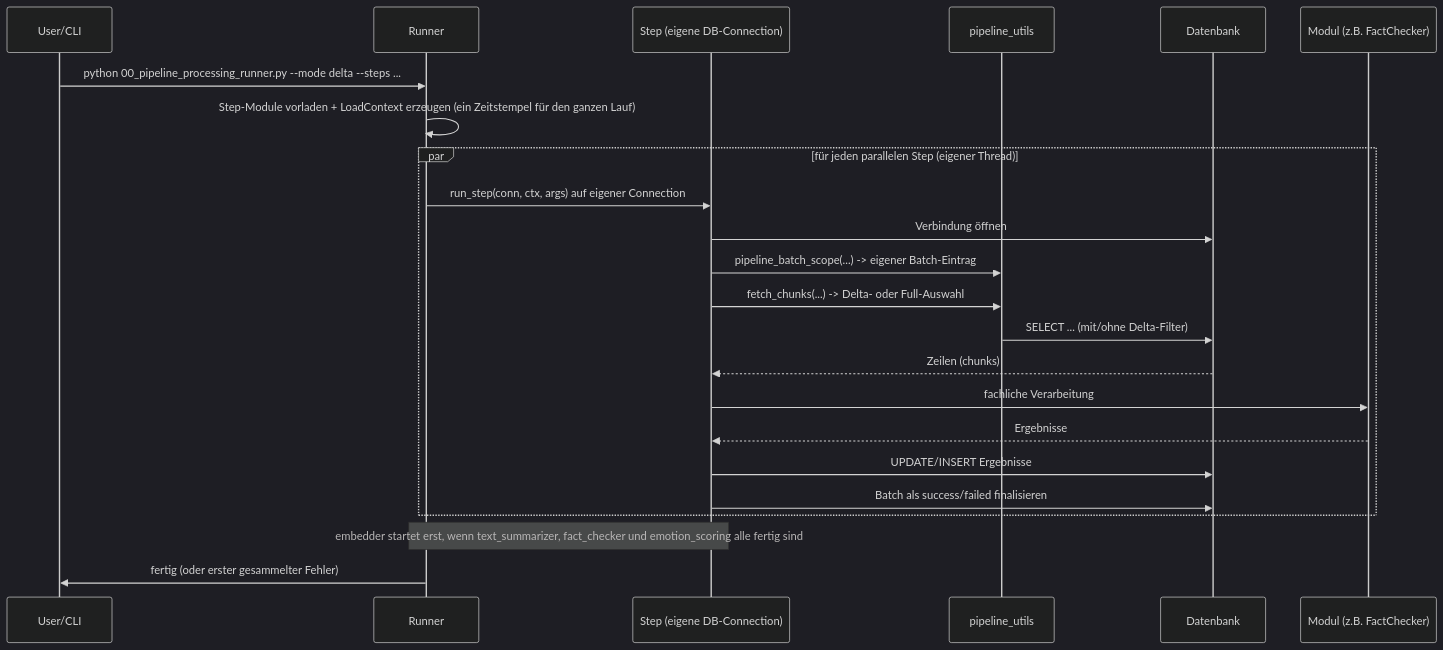
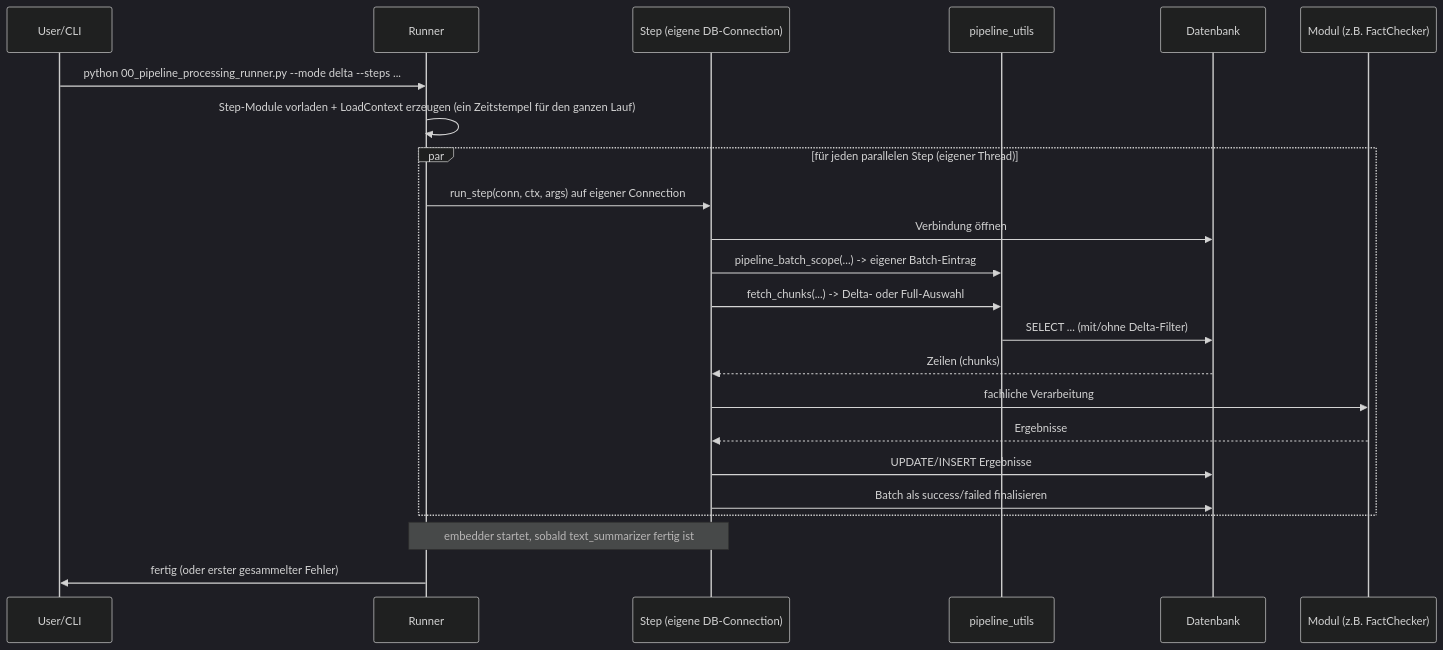
The third of 3 diagrams in docs/silver_enriched/01_architecture.md (Tilmanzzz/media-lens), drawn with Mermaid (dark theme) before and after one commit. The commit also changed other lines of this file and 13 other files, not shown here.

````diff
--- a/docs/silver_enriched/01_architecture.md
+++ b/docs/silver_enriched/01_architecture.md
@@ -142,26 +141,26 @@
 ```mermaid
 sequenceDiagram
     participant U as User/CLI
     participant R as Runner
     participant S as Step (eigene DB-Connection)
     participant PU as pipeline_utils
     participant DB as Datenbank
     participant M as Modul (z.B. FactChecker)
 
     U->>R: python 00_pipeline_processing_runner.py --mode delta --steps ...
     R->>R: Step-Module vorladen + LoadContext erzeugen (ein Zeitstempel für den ganzen Lauf)
     par für jeden parallelen Step (eigener Thread)
         R->>S: run_step(conn, ctx, args) auf eigener Connection
         S->>DB: Verbindung öffnen
         S->>PU: pipeline_batch_scope(...) -> eigener Batch-Eintrag
         S->>PU: fetch_chunks(...) -> Delta- oder Full-Auswahl
         PU->>DB: SELECT ... (mit/ohne Delta-Filter)
         DB-->>S: Zeilen (chunks)
         S->>M: fachliche Verarbeitung
         M-->>S: Ergebnisse
         S->>DB: UPDATE/INSERT Ergebnisse
         S->>DB: Batch als success/failed finalisieren
     end
-    Note over R,S: embedder startet erst, wenn text_summarizer, fact_checker und emotion_scoring alle fertig sind
+    Note over R,S: embedder startet, sobald text_summarizer fertig ist
     R->>U: fertig (oder erster gesammelter Fehler)
 ```
````
